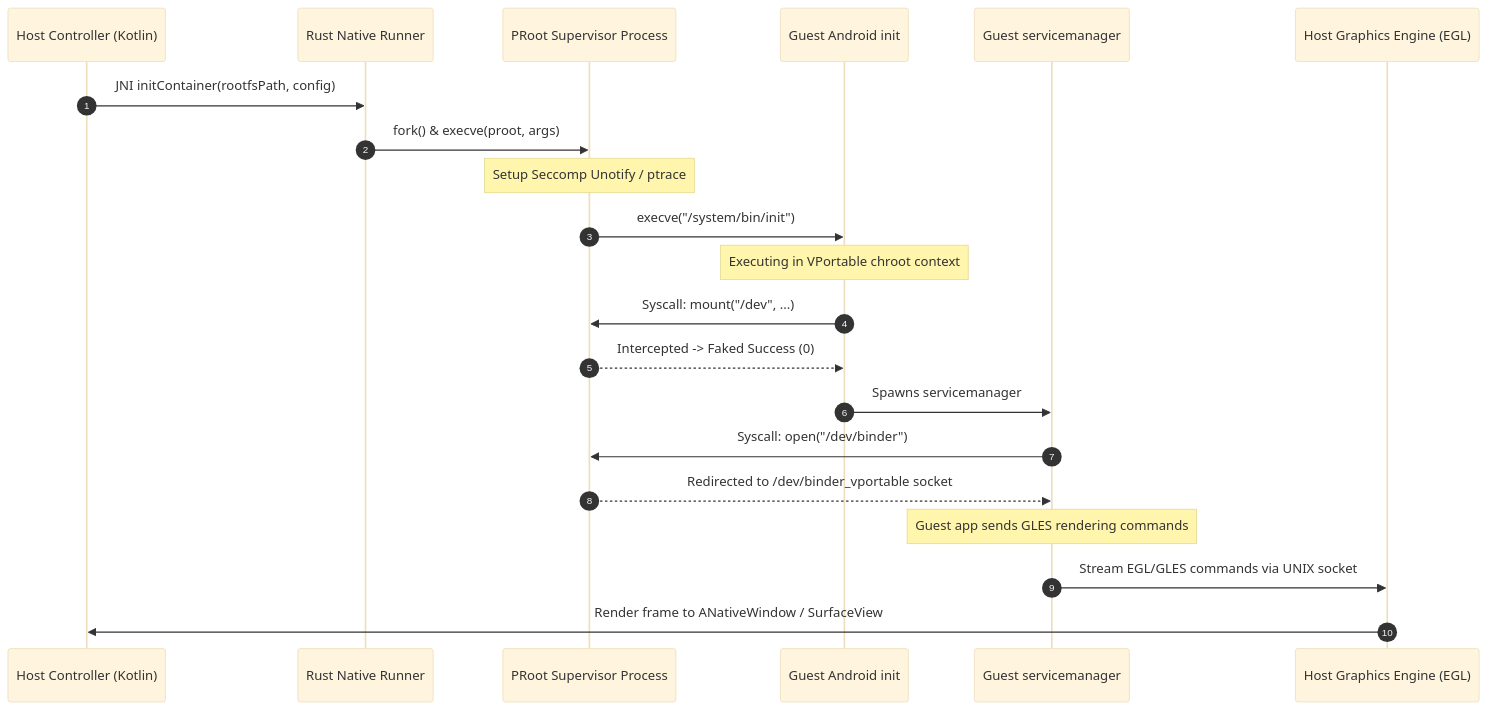
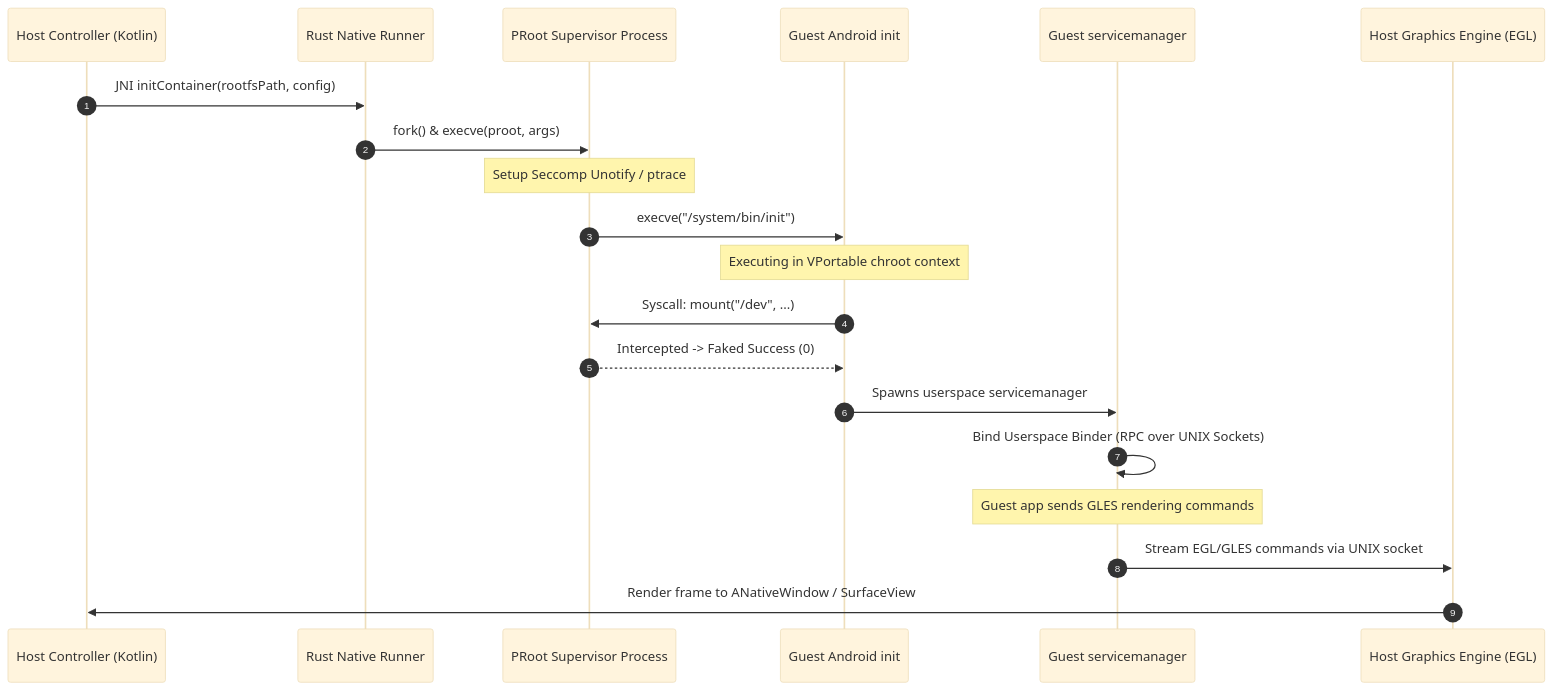
One commit to M5Devs/VPortable changed the first of 2 diagrams in docs/01_architecture_overview.md. Above: the diagram before and after it, drawn with Mermaid (base theme). The commit also changed other lines of this file and 2 other files, not shown here.

Commit message:
Harden architectural specs based on design review findings (#2)

````diff
--- a/docs/01_architecture_overview.md
+++ b/docs/01_architecture_overview.md
@@ -84,24 +85,23 @@
 ```mermaid
 sequenceDiagram
     autonumber
     participant HostApp as Host Controller (Kotlin)
     participant RustBridge as Rust Native Runner
     participant PRoot as PRoot Supervisor Process
     participant GuestInit as Guest Android init
     participant GuestService as Guest servicemanager
     participant HostGfx as Host Graphics Engine (EGL)
 
     HostApp->>RustBridge: JNI initContainer(rootfsPath, config)
     RustBridge->>PRoot: fork() & execve(proot, args)
     Note over PRoot: Setup Seccomp Unotify / ptrace
     PRoot->>GuestInit: execve("/system/bin/init")
     Note over GuestInit: Executing in VPortable chroot context
     GuestInit->>PRoot: Syscall: mount("/dev", ...)
     PRoot-->>GuestInit: Intercepted -> Faked Success (0)
-    GuestInit->>GuestService: Spawns servicemanager
-    GuestService->>PRoot: Syscall: open("/dev/binder")
-    PRoot-->>GuestService: Redirected to /dev/binder_vportable socket
+    GuestInit->>GuestService: Spawns userspace servicemanager
+    GuestService->>GuestService: Bind Userspace Binder (RPC over UNIX Sockets)
     Note over GuestService: Guest app sends GLES rendering commands
     GuestService->>HostGfx: Stream EGL/GLES commands via UNIX socket
     HostGfx->>HostApp: Render frame to ANativeWindow / SurfaceView
 ```
````
